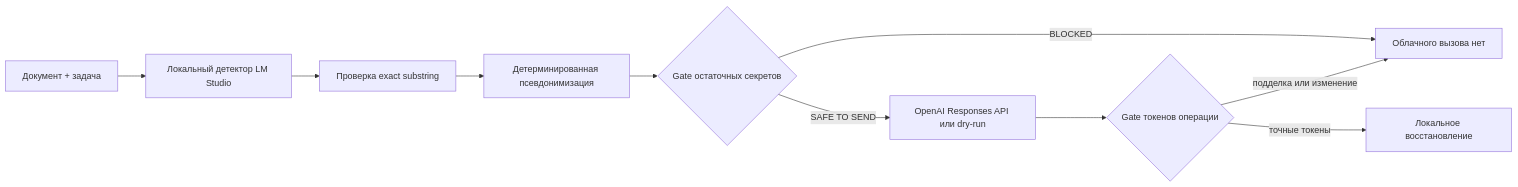
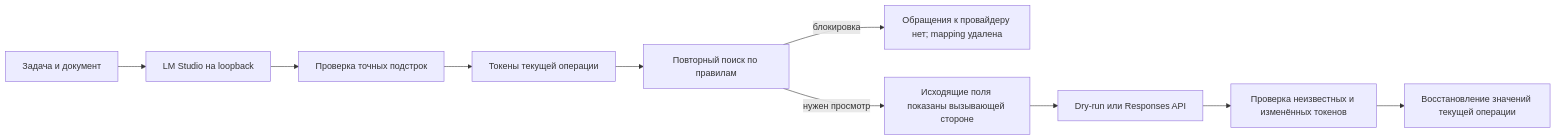
One commit to AI-Danil/pii-airlock changed the diagram in README.ru.md. Above: the diagram before and after it, drawn with Mermaid. The commit also changed other lines of this file and 41 other files, not shown here.

````diff
--- a/README.ru.md
+++ b/README.ru.md
@@ -22,12 +13,12 @@
 ```mermaid
 flowchart LR
-    A["Документ + задача"] --> B["Локальный детектор LM Studio"]
-    B --> C["Проверка exact substring"]
-    C --> D["Детерминированная псевдонимизация"]
-    D --> E{"Gate остаточных секретов"}
-    E -->|BLOCKED| X["Облачного вызова нет"]
-    E -->|SAFE TO SEND| F["OpenAI Responses API или dry-run"]
-    F --> G{"Gate токенов операции"}
-    G -->|подделка или изменение| X
-    G -->|точные токены| H["Локальное восстановление"]
+    A["Задача и документ"] --> B["LM Studio на loopback"]
+    B --> C["Проверка точных подстрок"]
+    C --> D["Токены текущей операции"]
+    D --> E["Повторный поиск по правилам"]
+    E -->|блокировка| X["Обращения к провайдеру нет; mapping удалена"]
+    E -->|нужен просмотр| R["Исходящие поля показаны вызывающей стороне"]
+    R --> F["Dry-run или Responses API"]
+    F --> G["Проверка неизвестных и изменённых токенов"]
+    G --> H["Восстановление значений текущей операции"]
 ```
````
